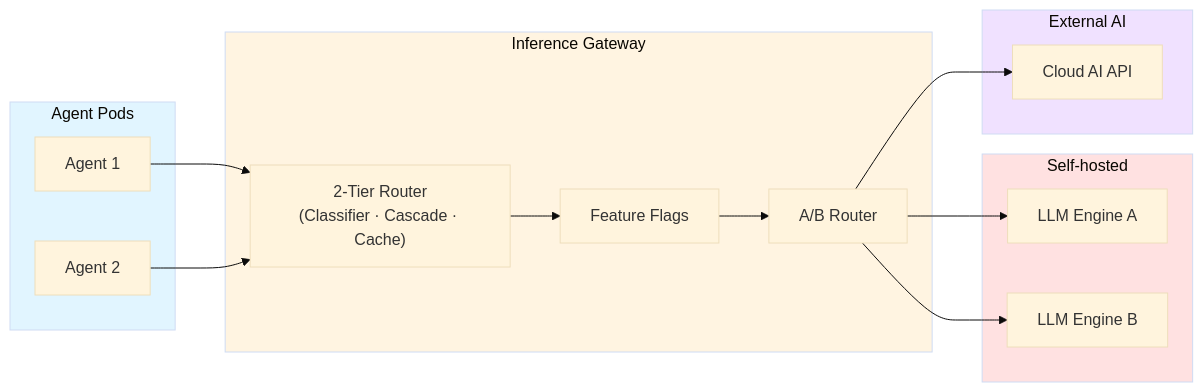
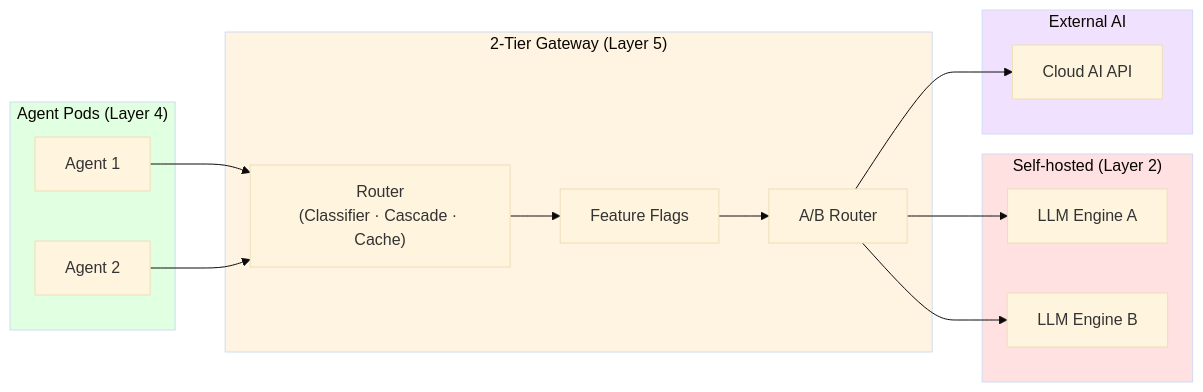
One commit to devfloor9/engineering-playbook changed the fourth of 10 diagrams in docs/agentic-ai-platform/design-architecture/foundations/agentic-platform-architecture.md. Above: the diagram before and after it, drawn with Mermaid (base theme). The commit also changed other lines of this file and 24 other files, not shown here.

````diff
--- a/docs/agentic-ai-platform/design-architecture/foundations/agentic-platform-architecture.md
+++ b/docs/agentic-ai-platform/design-architecture/foundations/agentic-platform-architecture.md
@@ -206,34 +350,31 @@
 ```mermaid
 flowchart LR
-    subgraph Clients["Agent Pods"]
+    subgraph Clients["Agent Pods (Layer 4)"]
         A1["Agent 1"]
         A2["Agent 2"]
     end
 
-    subgraph Gateway["Inference Gateway"]
-        ROUTER["2-Tier Router<br/>(Classifier · Cascade · Cache)"]
+    subgraph Gateway["2-Tier Gateway (Layer 5)"]
+        ROUTER["Router<br/>(Classifier · Cascade · Cache)"]
         FF["Feature Flags"]
         ABR["A/B Router"]
     end
 
-    subgraph SelfHosted["Self-hosted"]
+    subgraph SelfHosted["Self-hosted (Layer 2)"]
         M1["LLM Engine A"]
         M2["LLM Engine B"]
     end
 
     subgraph External["External AI"]
         EXT1["Cloud AI API"]
     end
 
     A1 & A2 --> ROUTER
-    ROUTER --> FF
-    FF --> ABR
-    ABR --> M1
-    ABR --> M2
-    ABR --> EXT1
+    ROUTER --> FF --> ABR
+    ABR --> M1 & M2 & EXT1
 
-    style Clients fill:#e1f5ff
+    style Clients fill:#e1ffe1
     style Gateway fill:#fff4e1
     style SelfHosted fill:#ffe1e1
     style External fill:#f0e1ff
 ```
````
